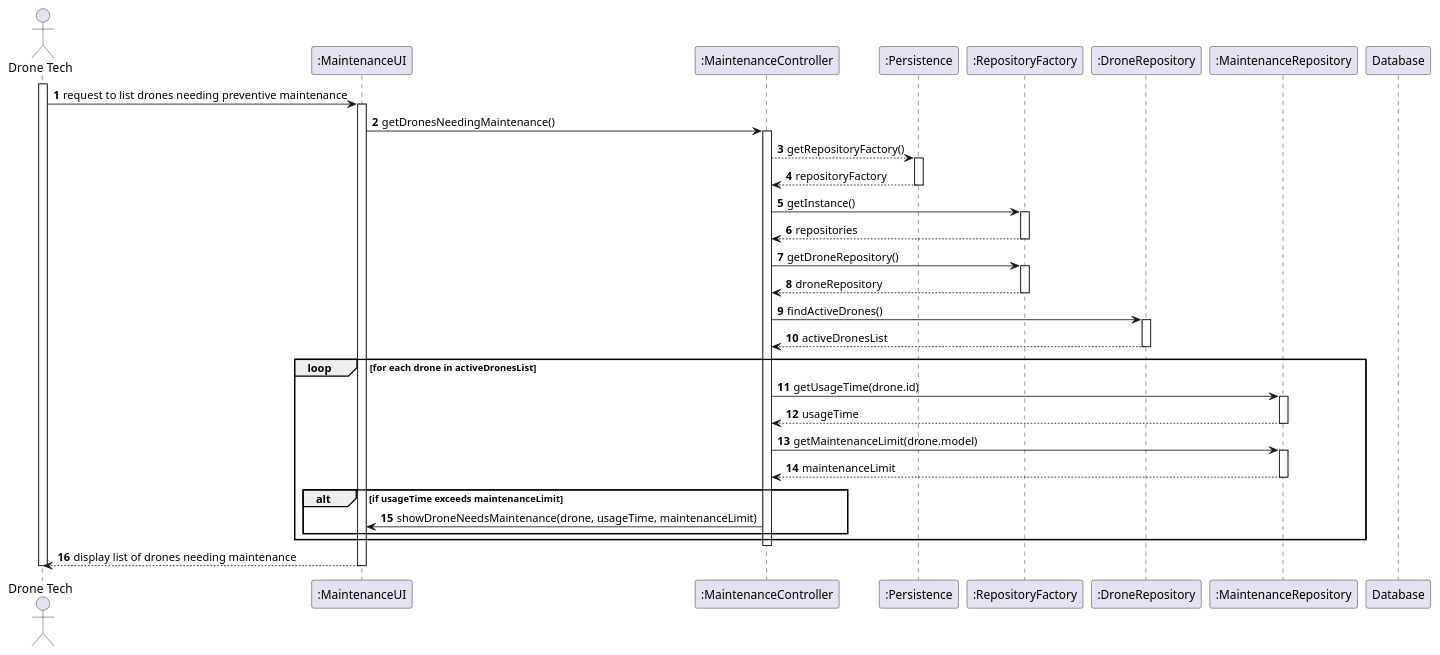
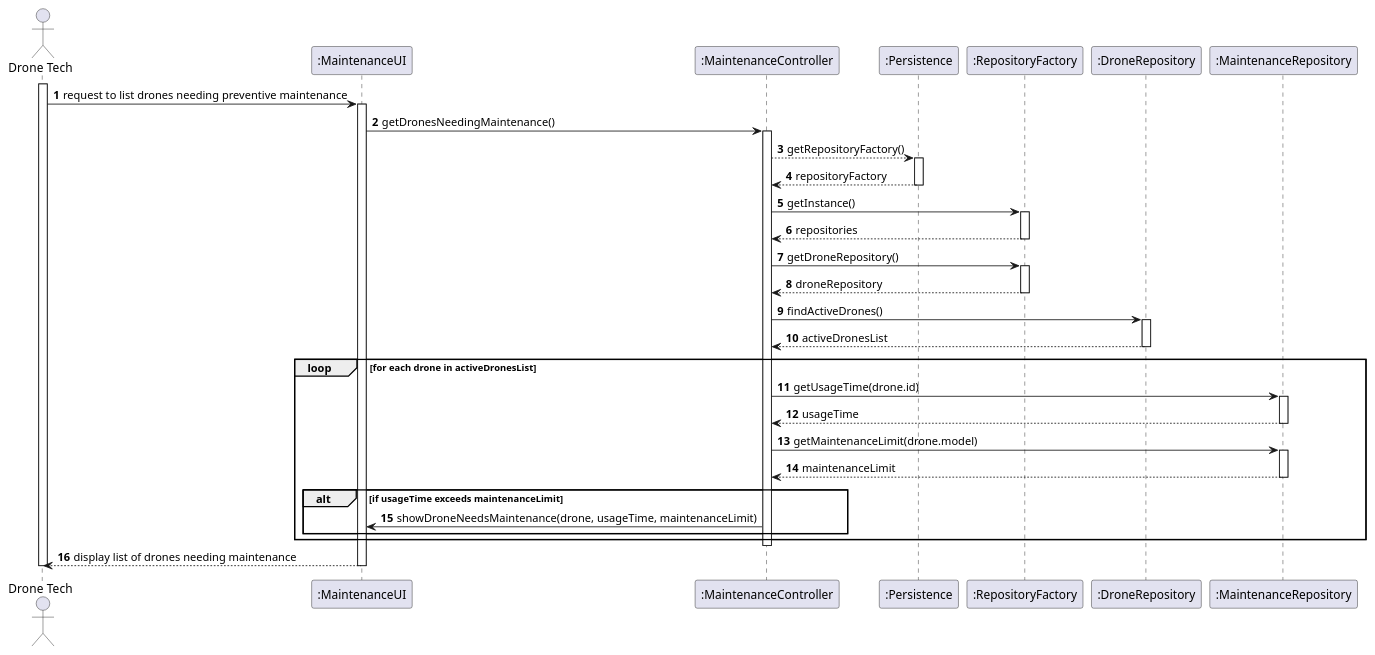
The diagram in docs/SPRINT_3/US328/puml/sequence_diagram_328.puml (diogoveirospro/sem4pi-2024-2025-sem4pi_2024_2025_g44), drawn with PlantUML before and after one commit. The commit also changed 2 other files, not shown here.

Commit message:
Changes done in sequence diagram of 326 327 and 328

```diff
--- a/docs/SPRINT_3/US328/puml/sequence_diagram_328.puml
+++ b/docs/SPRINT_3/US328/puml/sequence_diagram_328.puml
@@ -1,65 +1,64 @@
 @startuml
 'skinparam monochrome
 
 skinparam packageStyle rectangle
 skinparam shadowing false
 
 autonumber
 
 actor "Drone Tech" as DT
 participant ":MaintenanceUI" as UI
 participant ":MaintenanceController" as CTRL
 participant ":Persistence" as PERS
 participant ":RepositoryFactory" as REPOS
 participant ":DroneRepository" as DRONE_REPO
 participant ":MaintenanceRepository" as MAINT_REPO
-participant "Database" as DB
 
 activate DT
 
 DT -> UI : request to list drones needing preventive maintenance
 activate UI
     UI -> CTRL : getDronesNeedingMaintenance()
     activate CTRL
 
     CTRL --> PERS : getRepositoryFactory()
     activate PERS
     PERS --> CTRL : repositoryFactory
     deactivate PERS
 
     CTRL -> REPOS : getInstance()
     activate REPOS
     REPOS --> CTRL : repositories
     deactivate REPOS
 
     CTRL -> REPOS : getDroneRepository()
     activate REPOS
     REPOS --> CTRL : droneRepository
     deactivate REPOS
 
     CTRL -> DRONE_REPO : findActiveDrones()
     activate DRONE_REPO
     DRONE_REPO --> CTRL : activeDronesList
     deactivate DRONE_REPO
 
     loop for each drone in activeDronesList
         CTRL -> MAINT_REPO : getUsageTime(drone.id)
         activate MAINT_REPO
         MAINT_REPO --> CTRL : usageTime
         deactivate MAINT_REPO
 
         CTRL -> MAINT_REPO : getMaintenanceLimit(drone.model)
         activate MAINT_REPO
         MAINT_REPO --> CTRL : maintenanceLimit
         deactivate MAINT_REPO
 
         alt if usageTime exceeds maintenanceLimit
             CTRL -> UI : showDroneNeedsMaintenance(drone, usageTime, maintenanceLimit)
         end
     end
     deactivate CTRL
 
 UI --> DT : display list of drones needing maintenance
 deactivate UI
 deactivate DT
 @enduml
```
